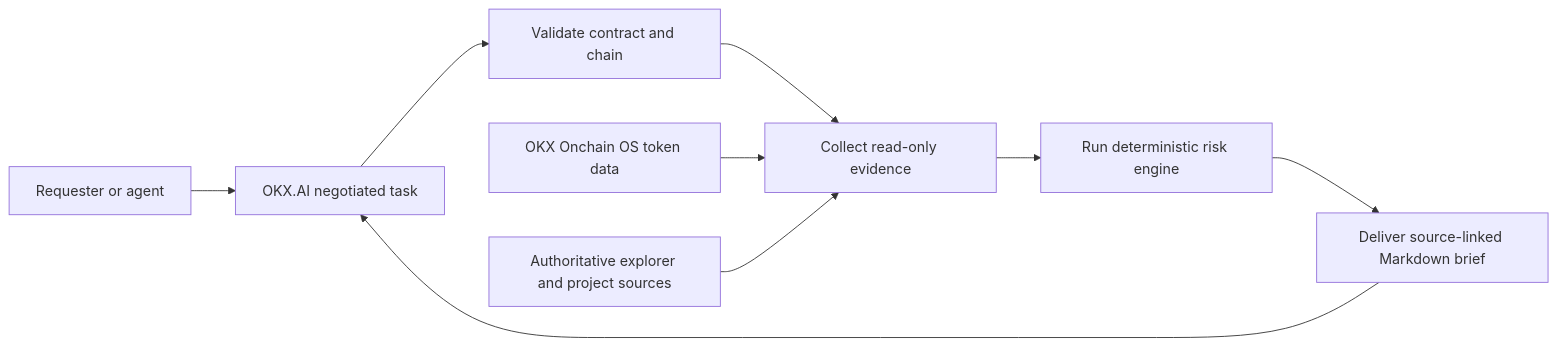
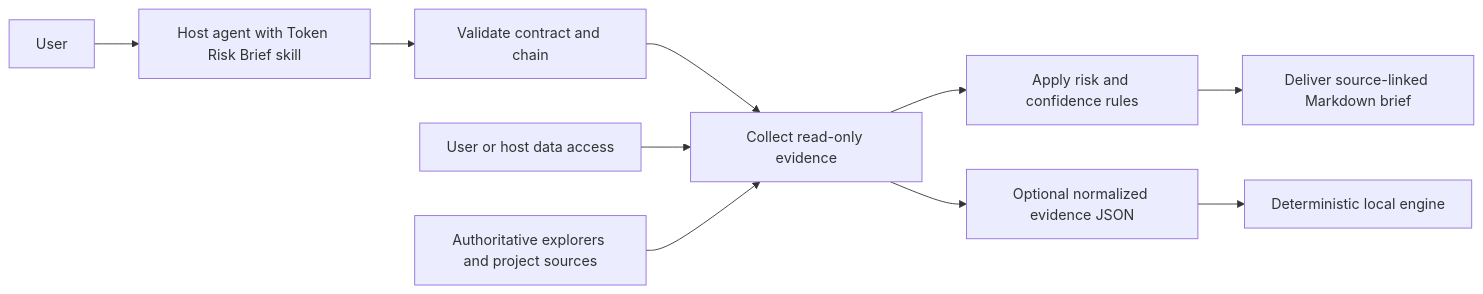
One commit to leini8891/Token-Risk-Brief changed the diagram in README.md. Above: the diagram before and after it, drawn with Mermaid. The commit also changed other lines of this file and 2 other files, not shown here.

First line of the commit message:
Publish Token Risk Brief as an installable agent skill

````diff
--- a/README.md
+++ b/README.md
@@ -27,11 +59,12 @@
 ```mermaid
 flowchart LR
-    A["Requester or agent"] --> B["OKX.AI negotiated task"]
+    A["User"] --> B["Host agent with Token Risk Brief skill"]
     B --> C["Validate contract and chain"]
     C --> D["Collect read-only evidence"]
-    D --> E["Run deterministic risk engine"]
+    D --> E["Apply risk and confidence rules"]
     E --> F["Deliver source-linked Markdown brief"]
-    F --> B
-    G["OKX Onchain OS token data"] --> D
-    H["Authoritative explorer and project sources"] --> D
+    G["User or host data access"] --> D
+    H["Authoritative explorers and project sources"] --> D
+    D --> I["Optional normalized evidence JSON"]
+    I --> J["Deterministic local engine"]
 ```
````
